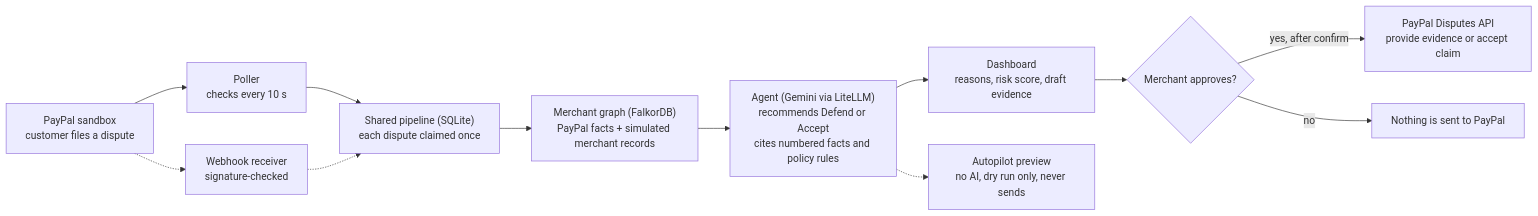
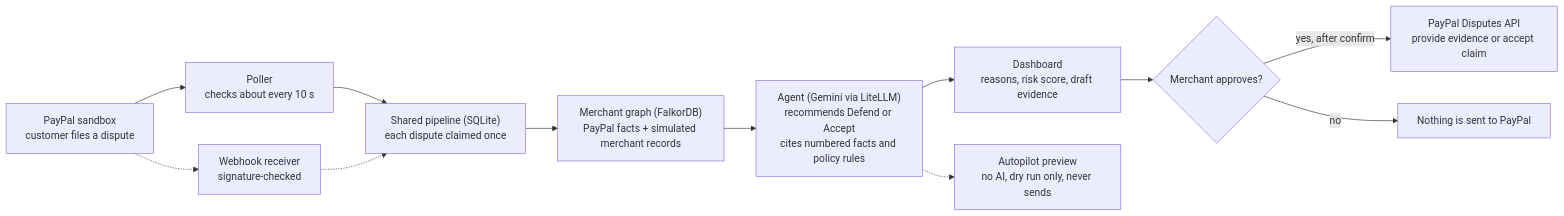
One commit to codingwinterz/Dispute-Desk changed the diagram in README.md. Above: the diagram before and after it, drawn with Mermaid. The commit also changed other lines of this file, not shown here.

First line of the commit message:
README: polling about every 10 seconds; tour has six steps; only submissions write to PayPal

````diff
--- a/README.md
+++ b/README.md
@@ -21,14 +21,14 @@
 ```mermaid
 flowchart LR
-  A["PayPal sandbox<br/>customer files a dispute"] --> B["Poller<br/>checks every 10 s"]
+  A["PayPal sandbox<br/>customer files a dispute"] --> B["Poller<br/>checks about every 10 s"]
   A -.-> W["Webhook receiver<br/>signature-checked"]
   B --> S["Shared pipeline (SQLite)<br/>each dispute claimed once"]
   W -.-> S
   S --> C["Merchant graph (FalkorDB)<br/>PayPal facts + simulated merchant records"]
   C --> D["Agent (Gemini via LiteLLM)<br/>recommends Defend or Accept<br/>cites numbered facts and policy rules"]
   D --> E["Dashboard<br/>reasons, risk score, draft evidence"]
   D -.-> AP["Autopilot preview<br/>no AI, dry run only, never sends"]
   E --> F{"Merchant approves?"}
   F -- "yes, after confirm" --> G["PayPal Disputes API<br/>provide evidence or accept claim"]
   F -- no --> H["Nothing is sent to PayPal"]
 ```
````
